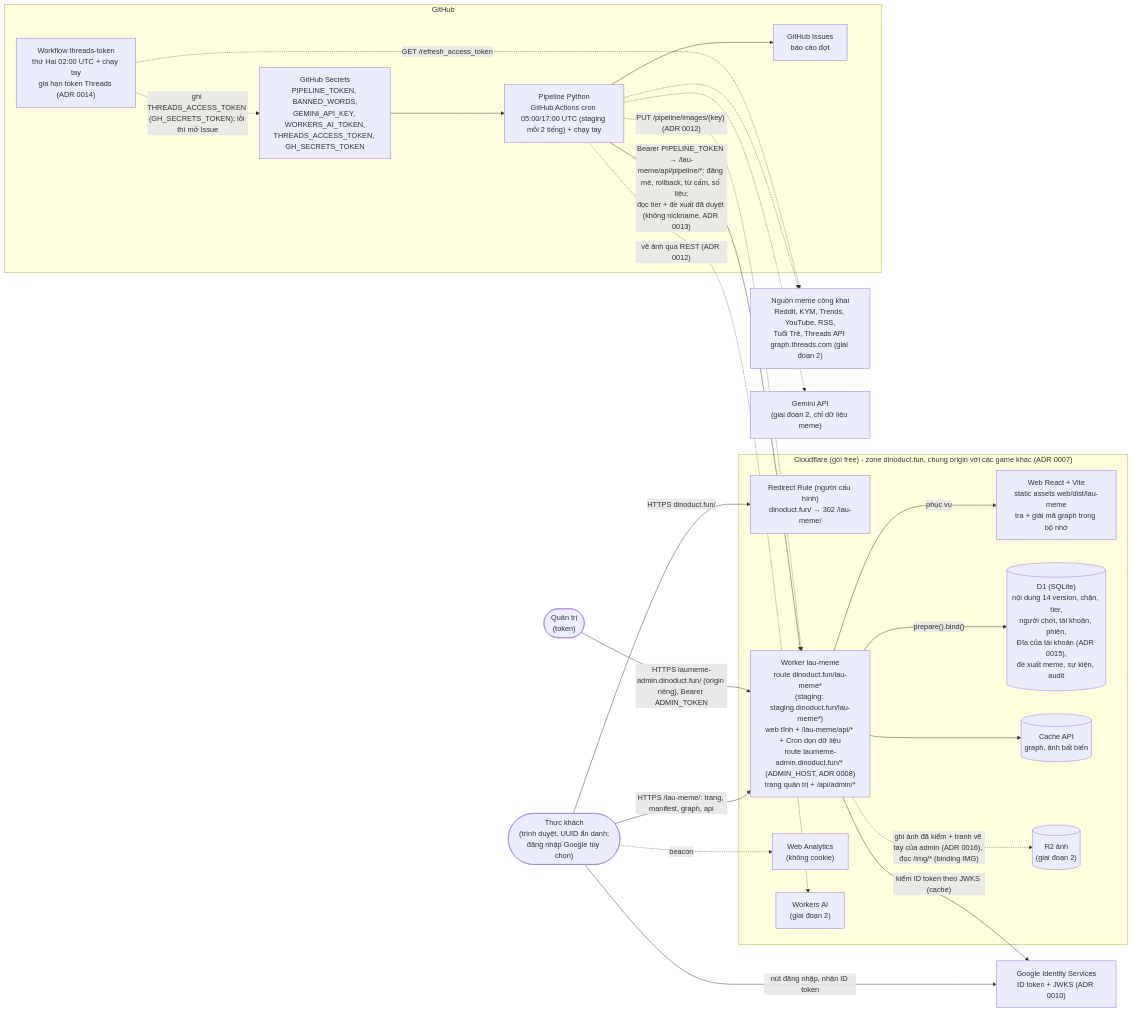
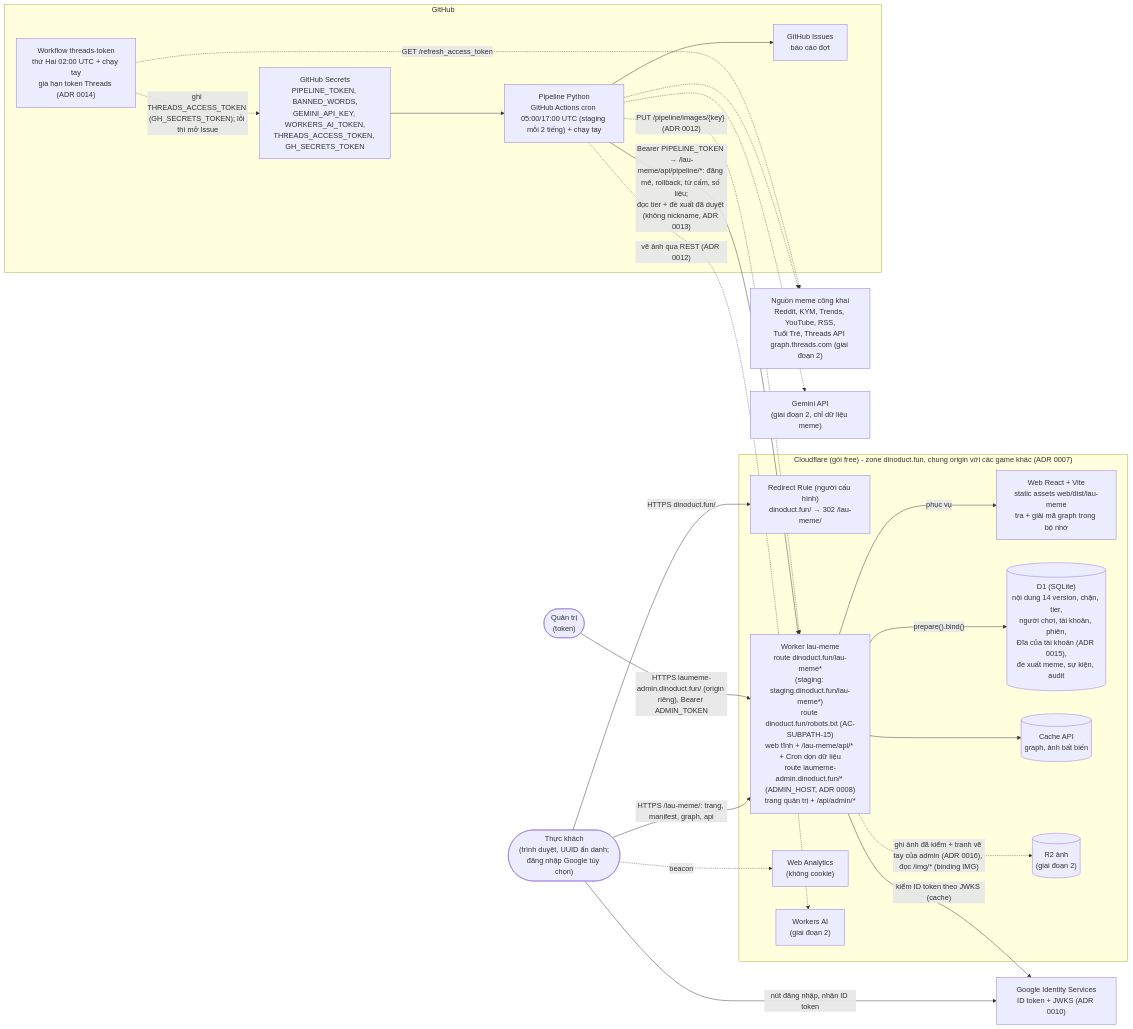
The diagram in docs/diagrams/system.mmd (thucnq/lau-meme), drawn with Mermaid before and after one commit. The commit also changed 4 other files, not shown here.

First line of the commit message:
docs: đồng bộ sau khi ship staging (robots.txt của host game, AC-SUBPATH-15); bản ghi triển khai staging và nhật ký phiên

```diff
--- a/docs/diagrams/system.mmd
+++ b/docs/diagrams/system.mmd
@@ -1,46 +1,46 @@
 %% C4 container - Lẩu Meme (giai đoạn 1; nét đứt = giai đoạn 2)
 flowchart LR
   player(["Thực khách<br/>(trình duyệt, UUID ẩn danh;<br/>đăng nhập Google tùy chọn)"])
   admin(["Quản trị<br/>(token)"])
 
   subgraph cf["Cloudflare (gói free) - zone dinoduct.fun, chung origin với các game khác (ADR 0007)"]
     redirect["Redirect Rule (người cấu hình)<br/>dinoduct.fun/ → 302 /lau-meme/"]
-    worker["Worker lau-meme<br/>route dinoduct.fun/lau-meme*<br/>(staging: staging.dinoduct.fun/lau-meme*)<br/>web tĩnh + /lau-meme/api/* + Cron dọn dữ liệu<br/>route laumeme-admin.dinoduct.fun/* (ADMIN_HOST, ADR 0008)<br/>trang quản trị + /api/admin/*"]
+    worker["Worker lau-meme<br/>route dinoduct.fun/lau-meme*<br/>(staging: staging.dinoduct.fun/lau-meme*)<br/>route dinoduct.fun/robots.txt (AC-SUBPATH-15)<br/>web tĩnh + /lau-meme/api/* + Cron dọn dữ liệu<br/>route laumeme-admin.dinoduct.fun/* (ADMIN_HOST, ADR 0008)<br/>trang quản trị + /api/admin/*"]
     web["Web React + Vite<br/>static assets web/dist/lau-meme<br/>tra + giải mã graph trong bộ nhớ"]
     d1[("D1 (SQLite)<br/>nội dung 14 version, chặn, tier,<br/>người chơi, tài khoản, phiên,<br/>Đĩa của tài khoản (ADR 0015),<br/>đề xuất meme, sự kiện, audit")]
     cache[("Cache API<br/>graph, ảnh bất biến")]
     wa["Web Analytics<br/>(không cookie)"]
     r2[("R2 ảnh<br/>(giai đoạn 2)")]
     wai["Workers AI<br/>(giai đoạn 2)"]
   end
 
   subgraph gh["GitHub"]
     actions["Pipeline Python<br/>GitHub Actions cron 05:00/17:00 UTC (staging mỗi 2 tiếng) + chạy tay"]
     issues["GitHub Issues<br/>báo cáo đợt"]
     secrets["GitHub Secrets<br/>PIPELINE_TOKEN, BANNED_WORDS,<br/>GEMINI_API_KEY, WORKERS_AI_TOKEN,<br/>THREADS_ACCESS_TOKEN, GH_SECRETS_TOKEN"]
     tokenjob["Workflow threads-token<br/>thứ Hai 02:00 UTC + chạy tay<br/>gia hạn token Threads (ADR 0014)"]
   end
 
   google["Google Identity Services<br/>ID token + JWKS (ADR 0010)"]
   sources["Nguồn meme công khai<br/>Reddit, KYM, Trends, YouTube, RSS,<br/>Tuổi Trẻ, Threads API graph.threads.com (giai đoạn 2)"]
   gemini["Gemini API<br/>(giai đoạn 2, chỉ dữ liệu meme)"]
 
   player -- "HTTPS dinoduct.fun/" --> redirect
   player -- "HTTPS /lau-meme/: trang, manifest, graph, api" --> worker
   admin -- "HTTPS laumeme-admin.dinoduct.fun/ (origin riêng), Bearer ADMIN_TOKEN" --> worker
   worker -- "phục vụ" --> web
   worker -- "prepare().bind()" --> d1
   worker --> cache
   player -. beacon .-> wa
   player -- "nút đăng nhập, nhận ID token" --> google
   worker -- "kiểm ID token theo JWKS (cache)" --> google
   actions -- "Bearer PIPELINE_TOKEN → /lau-meme/api/pipeline/*: đăng mẻ, rollback, từ cấm, số liệu;<br/>đọc tier + đề xuất đã duyệt (không nickname, ADR 0013)" --> worker
   actions --> issues
   secrets --> actions
   actions -.-> sources
   actions -.-> gemini
   tokenjob -. "GET /refresh_access_token" .-> sources
   tokenjob -. "ghi THREADS_ACCESS_TOKEN (GH_SECRETS_TOKEN); lỗi thì mở Issue" .-> secrets
   actions -. "vẽ ảnh qua REST (ADR 0012)" .-> wai
   actions -. "PUT /pipeline/images/{key} (ADR 0012)" .-> worker
   worker -. "ghi ảnh đã kiểm + tranh vẽ tay của admin (ADR 0016), đọc /img/* (binding IMG)" .-> r2
```
